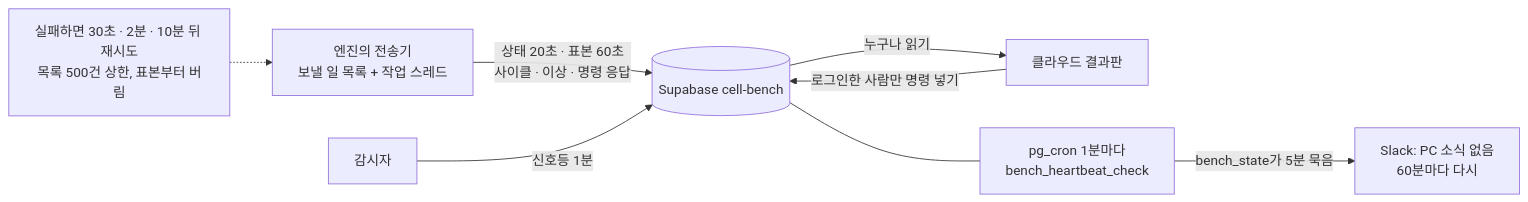
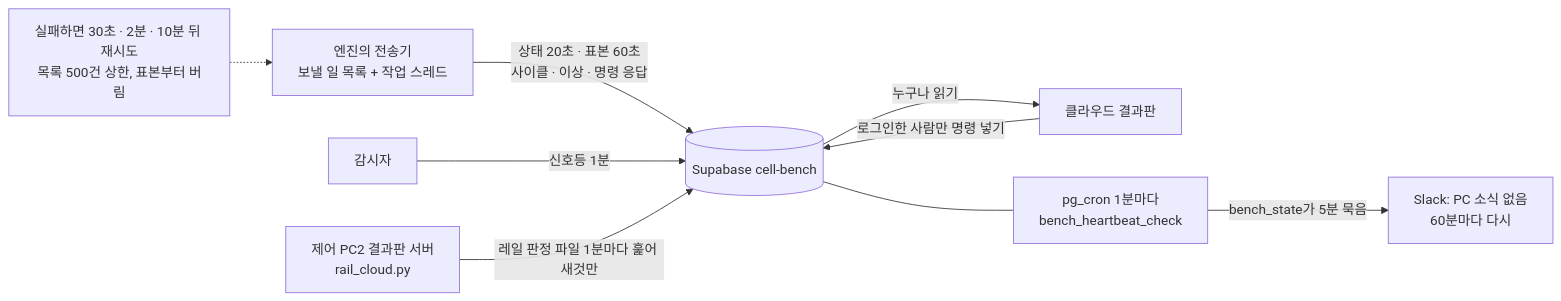
One commit to GeonwooKim-fitogether/QA-Automation-Test-Room changed diagram 13 of 21 in cell-bench/docs/system-map.md. Above: the diagram before and after it, drawn with Mermaid. The commit also changed other lines of this file and 4 other files, not shown here.

````diff
--- a/cell-bench/docs/system-map.md
+++ b/cell-bench/docs/system-map.md
@@ -460,10 +460,11 @@
 ```mermaid
 flowchart LR
   eng["엔진의 전송기<br/>보낼 일 목록 + 작업 스레드"] -->|"상태 20초 · 표본 60초<br/>사이클 · 이상 · 명령 응답"| sb[("Supabase cell-bench")]
   sup["감시자"] -->|"신호등 1분"| sb
+  rail["제어 PC2 결과판 서버<br/>rail_cloud.py"] -->|"레일 판정 파일 1분마다 훑어 새것만"| sb
   sb -->|"누구나 읽기"| web["클라우드 결과판"]
   web -->|"로그인한 사람만 명령 넣기"| sb
   cron["pg_cron 1분마다<br/>bench_heartbeat_check"] -->|"bench_state가 5분 묵음"| sl["Slack: PC 소식 없음<br/>60분마다 다시"]
   sb --- cron
   fail["실패하면 30초 · 2분 · 10분 뒤 재시도<br/>목록 500건 상한, 표본부터 버림"] -.-> eng
 ```
````
